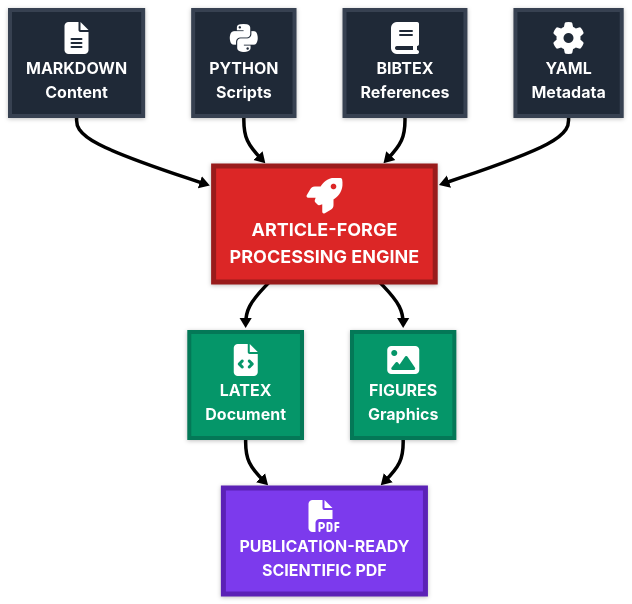
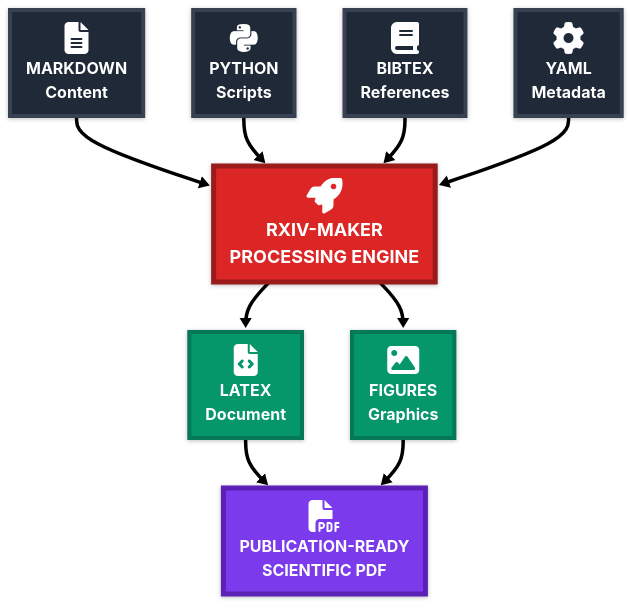
Before and after one commit to paxcalpt/rxiv-maker: the diagram in EXAMPLE_MANUSCRIPT/FIGURES/Figure_1.mmd, drawn with Mermaid. The commit also changed 58 other files, not shown here.

First line of the commit message:
Complete rebranding from article-forge to rxiv-maker

```diff
--- a/EXAMPLE_MANUSCRIPT/FIGURES/Figure_1.mmd
+++ b/EXAMPLE_MANUSCRIPT/FIGURES/Figure_1.mmd
@@ -1,36 +1,36 @@
 ---
 config:
   look: neo
   theme: neo
 ---
 flowchart TD
     A["<i class='fas fa-file-alt fa-2x'></i><br/><b>MARKDOWN</b><br/>Content"]
     B["<i class='fab fa-python fa-2x'></i><br/><b>PYTHON</b><br/>Scripts"]
     C["<i class='fas fa-book fa-2x'></i><br/><b>BIBTEX</b><br/>References"]
     D["<i class='fas fa-cog fa-2x'></i><br/><b>YAML</b><br/>Metadata"]
 
-    E["<i class='fas fa-rocket fa-2x'></i><br/><b>ARTICLE-FORGE</b><br/>PROCESSING ENGINE"]
+    E["<i class='fas fa-rocket fa-2x'></i><br/><b>RXIV-MAKER</b><br/>PROCESSING ENGINE"]
 
     F["<i class='fas fa-file-code fa-2x'></i><br/><b>LATEX</b><br/>Document"]
     G["<i class='fas fa-image fa-2x'></i><br/><b>FIGURES</b><br/>Graphics"]
 
     H["<i class='fas fa-file-pdf fa-2x'></i><br/><b>PUBLICATION-READY</b><br/>SCIENTIFIC PDF"]
 
     A ==> E
     B ==> E
     C ==> E
     D ==> E
     E ==> F
     E ==> G
     F ==> H
     G ==> H
 
     classDef input fill:#1f2937,stroke:#374151,stroke-width:4px,color:#ffffff,font-weight:bold,font-size:16px
     classDef engine fill:#dc2626,stroke:#991b1b,stroke-width:5px,color:#ffffff,font-weight:bold,font-size:18px
     classDef output fill:#059669,stroke:#047857,stroke-width:4px,color:#ffffff,font-weight:bold,font-size:16px
     classDef final fill:#7c3aed,stroke:#5b21b6,stroke-width:5px,color:#ffffff,font-weight:bold,font-size:16px
 
     class A,B,C,D input
     class E engine
     class F,G output
     class H final
```
